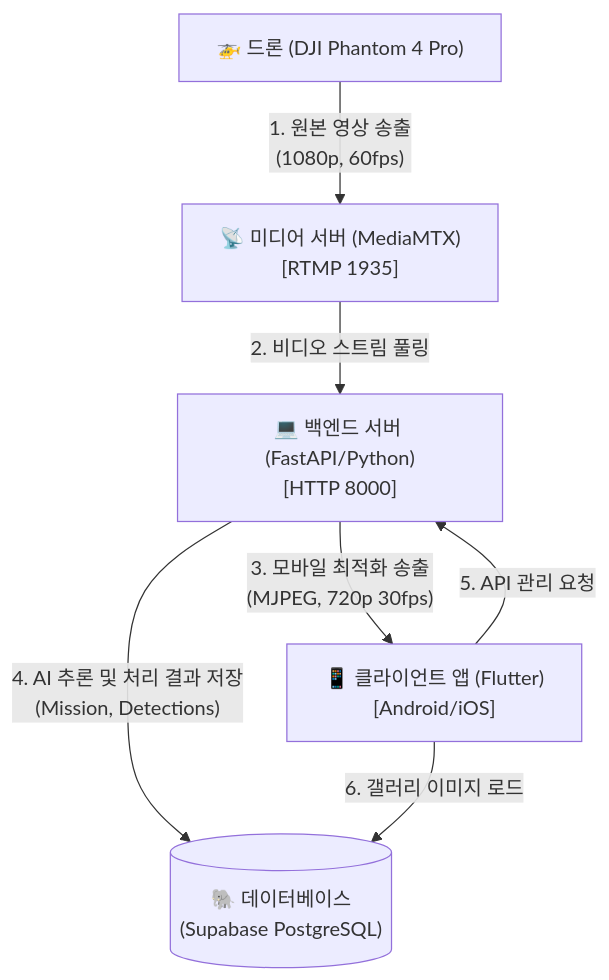
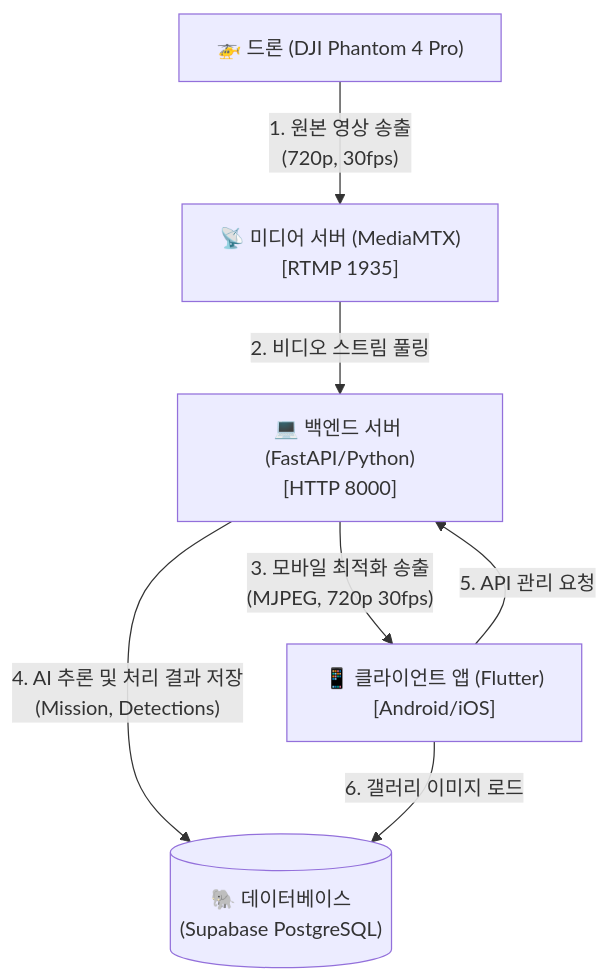
One commit to sorlros/WALL-E changed the diagram in README_KR.md. Above: the diagram before and after it, drawn with Mermaid. The commit also changed 1 other file, not shown here.

Commit message:
readme 최신화

````diff
--- a/README_KR.md
+++ b/README_KR.md
@@ -14,15 +14,15 @@
 ```mermaid
 graph TD
     Drone["🚁 드론 (DJI Phantom 4 Pro)"]
     RTMP["📡 미디어 서버 (MediaMTX)<br/>[RTMP 1935]"]
     Backend["💻 백엔드 서버 (FastAPI/Python)<br/>[HTTP 8000]"]
     DB[("🐘 데이터베이스<br/>(Supabase PostgreSQL)")]
     App["📱 클라이언트 앱 (Flutter)<br/>[Android/iOS]"]
 
-    Drone -- "1. 원본 영상 송출<br/>(1080p, 60fps)" --> RTMP
+    Drone -- "1. 원본 영상 송출<br/>(720p, 30fps)" --> RTMP
     RTMP -- "2. 비디오 스트림 풀링" --> Backend
     Backend -- "4. AI 추론 및 처리 결과 저장<br/>(Mission, Detections)" --> DB
     Backend -- "3. 모바일 최적화 송출<br/>(MJPEG, 720p 30fps)" --> App
     App -- "5. API 관리 요청" --> Backend
     App -- "6. 갤러리 이미지 로드" --> DB
 ```
````
